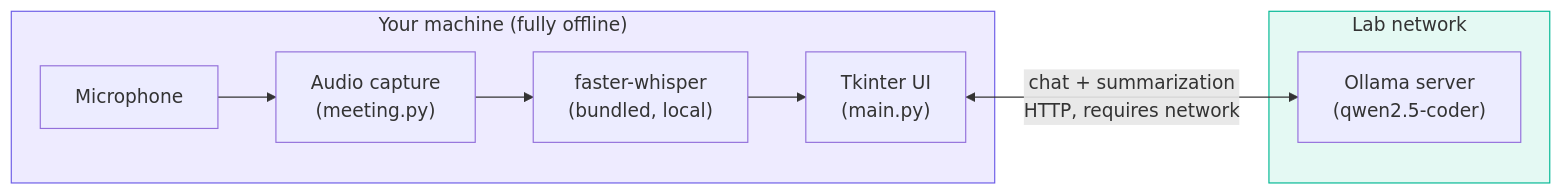
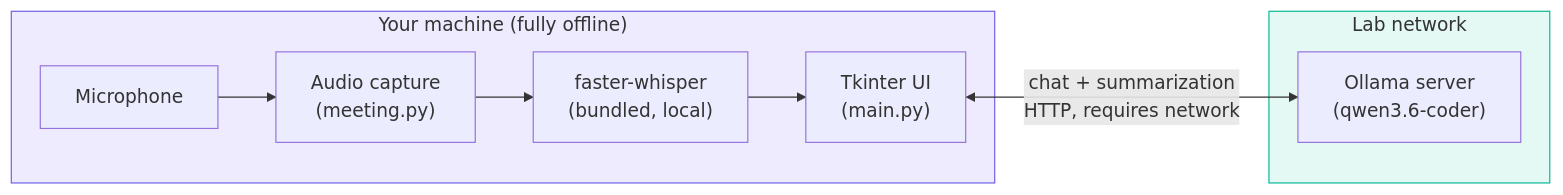
Before and after one commit to musallGroup/BrainLabLLM: the first of 2 diagrams in docs/architecture.md, drawn with Mermaid. The commit also changed 4 other files, not shown here.

First line of the commit message:
chore: upgrade default model to qwen3.6:35b-coder

````diff
--- a/docs/architecture.md
+++ b/docs/architecture.md
@@ -9,18 +9,18 @@
 ```mermaid
 flowchart LR
     subgraph local["Your machine (fully offline)"]
         UI["Tkinter UI\n(main.py)"]
         MIC["Microphone"] --> REC["Audio capture\n(meeting.py)"]
         REC --> STT["faster-whisper\n(bundled, local)"]
         STT --> UI
     end
 
     subgraph lab["Lab network"]
-        OLLAMA["Ollama server\n(qwen2.5-coder)"]
+        OLLAMA["Ollama server\n(qwen3.6-coder)"]
     end
 
     UI <--> |"chat + summarization\nHTTP, requires network"| OLLAMA
 
     style local fill:#EEEBFF,stroke:#6C5CE7
     style lab fill:#E4F9F3,stroke:#00B894
 ```
````
